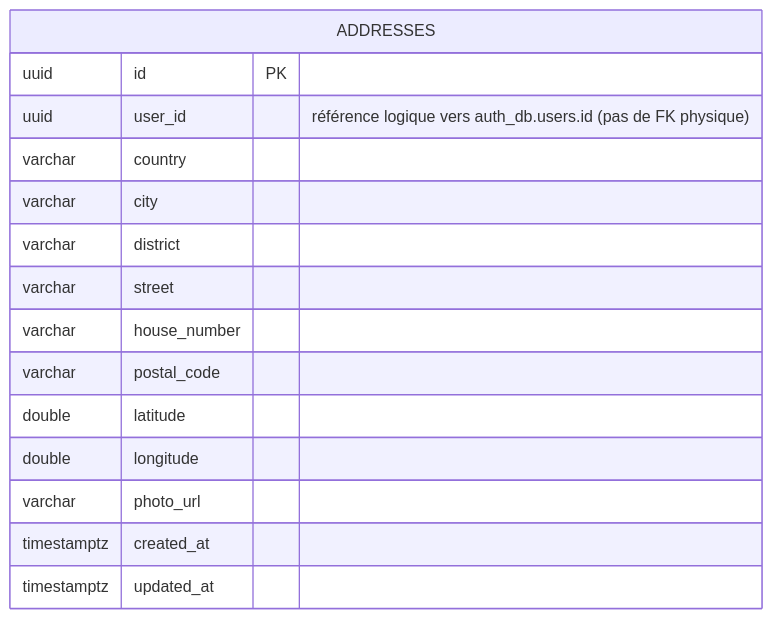
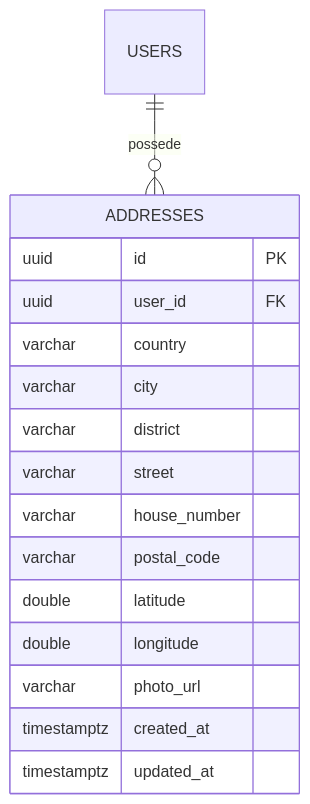
Before and after one commit to alexdibril237/findme_backend: diagram 11 of 13 in docs/conception/DOSSIER_DE_CONCEPTION.md, drawn with Mermaid. The commit also changed other lines of this file and 327 other files, not shown here.

````diff
--- a/docs/conception/DOSSIER_DE_CONCEPTION.md
+++ b/docs/conception/DOSSIER_DE_CONCEPTION.md
@@ -503,18 +516,19 @@
 ```mermaid
 erDiagram
+    USERS ||--o{ ADDRESSES : possede
     ADDRESSES {
         uuid id PK
-        uuid user_id "référence logique vers auth_db.users.id (pas de FK physique)"
+        uuid user_id FK
         varchar country
         varchar city
         varchar district
         varchar street
         varchar house_number
         varchar postal_code
         double latitude
         double longitude
         varchar photo_url
         timestamptz created_at
         timestamptz updated_at
     }
 ```
````
